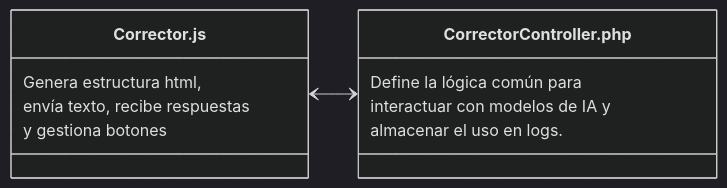
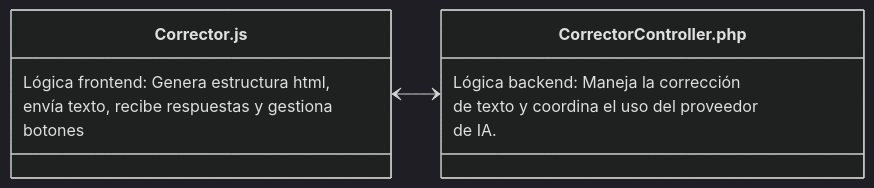
The third of 3 diagrams in docs/IA/Proyectos/CorrectorDeTexto.md (SaanRM/notas-sintecto), drawn with Mermaid (dark theme) before and after one commit. The commit also changed other lines of this file, not shown here.

Commit message:
ajustes decripciones

````diff
--- a/docs/IA/Proyectos/CorrectorDeTexto.md
+++ b/docs/IA/Proyectos/CorrectorDeTexto.md
@@ -156,20 +156,20 @@
 ```mermaid
 
 classDiagram
     direction RL
 
     class Corrector.js {
-        Genera estructura html,
-        envía texto, recibe respuestas 
-        y gestiona botones
+        Lógica frontend: Genera estructura html,
+        envía texto, recibe respuestas y gestiona
+        botones
     }
 
     CorrectorController.php <--> Corrector.js
 
     class CorrectorController.php {
-        Define la lógica común para 
-        interactuar con modelos de IA y 
-        almacenar el uso en logs.
+        Lógica backend:  Maneja la corrección 
+        de texto y coordina el uso del proveedor 
+        de IA.
     }
 
 ```
````
